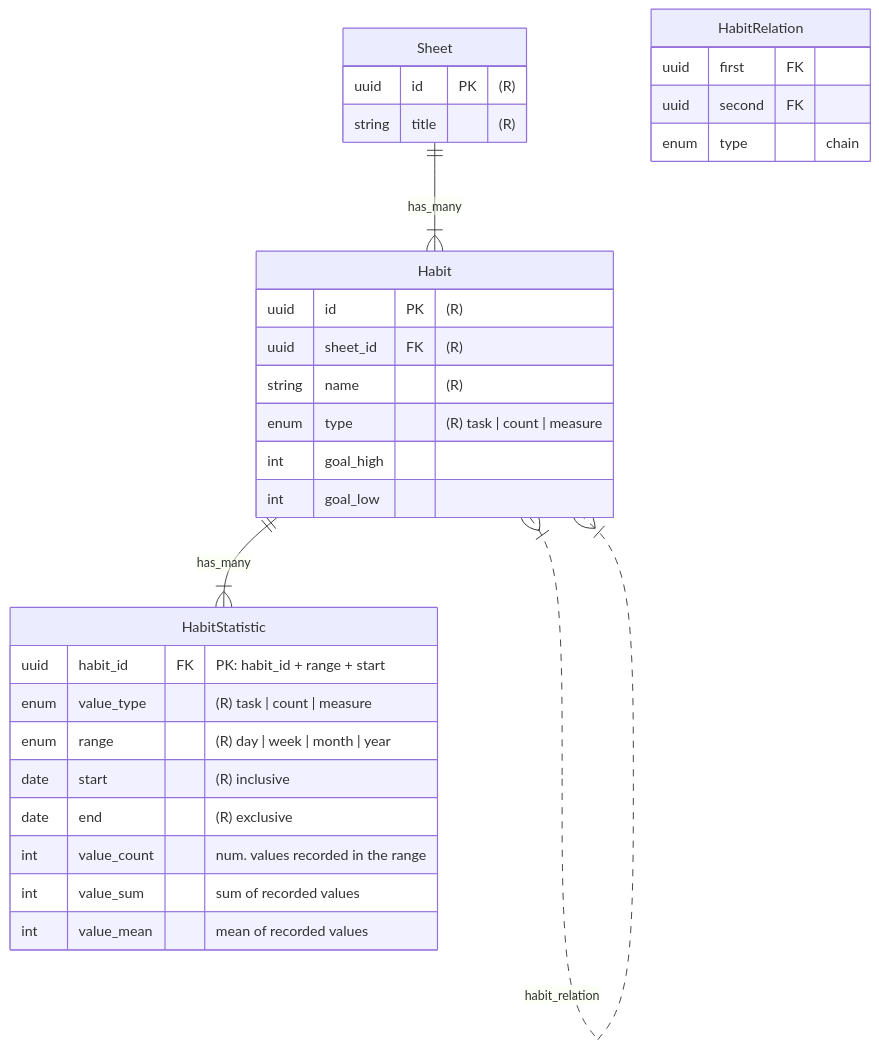
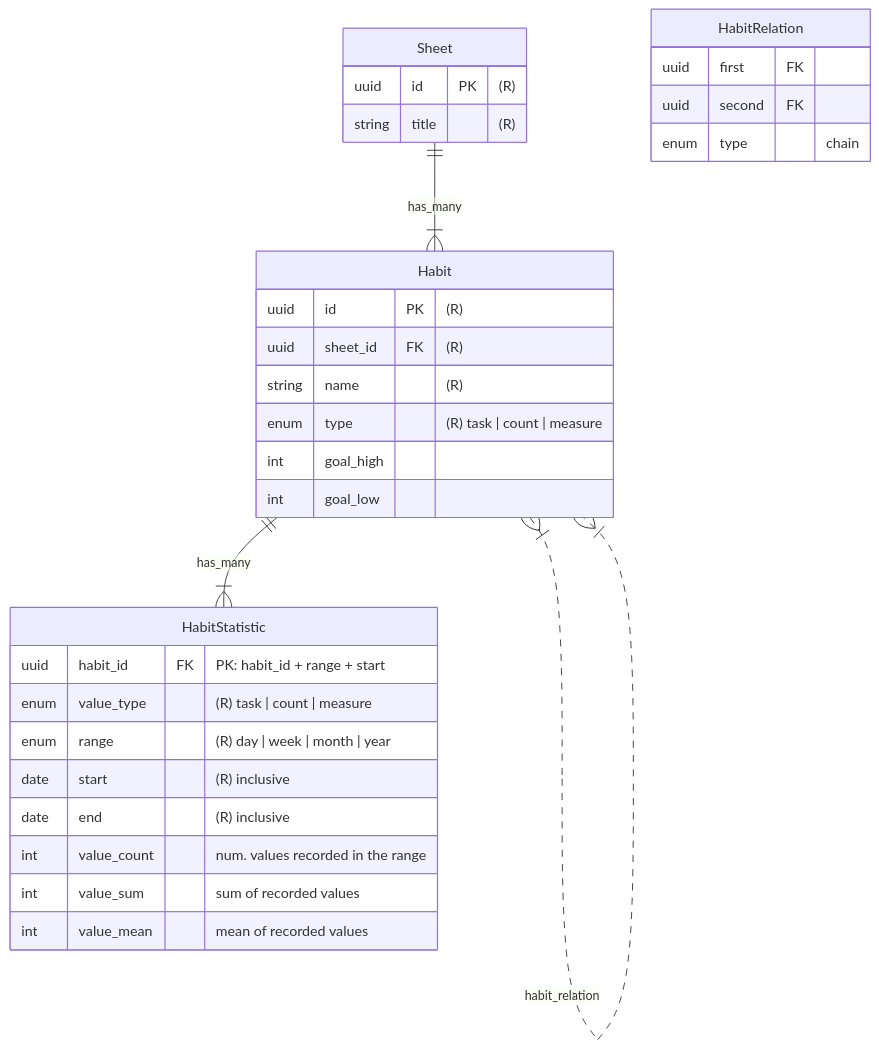
Before and after one commit to luketurner/habitsheets: the diagram in README.md, drawn with Mermaid.

````diff
--- a/README.md
+++ b/README.md
@@ -7,37 +7,37 @@
 ```mermaid
 erDiagram
   Sheet {
     uuid id PK "(R)"
     string title "(R)"
   }
 
   Habit {
     uuid id PK "(R)"
     uuid sheet_id FK "(R)"
     string name "(R)"
     enum type "(R) task | count | measure"
     int goal_high
     int goal_low
   }
 
   HabitRelation {
     uuid first FK
     uuid second FK
     enum type "chain"
   }
 
   HabitStatistic {
     uuid habit_id FK "PK: habit_id + range + start"
     enum value_type "(R) task | count | measure"
     enum range "(R) day | week | month | year"
     date start "(R) inclusive"
-    date end "(R) exclusive"
+    date end "(R) inclusive"
     int value_count "num. values recorded in the range" 
     int value_sum "sum of recorded values"
     int value_mean "mean of recorded values"
   }
 
   Sheet ||--|{ Habit: has_many
   Habit }|..|{ Habit: habit_relation
   Habit ||--|{ HabitStatistic: has_many
 ```
````
